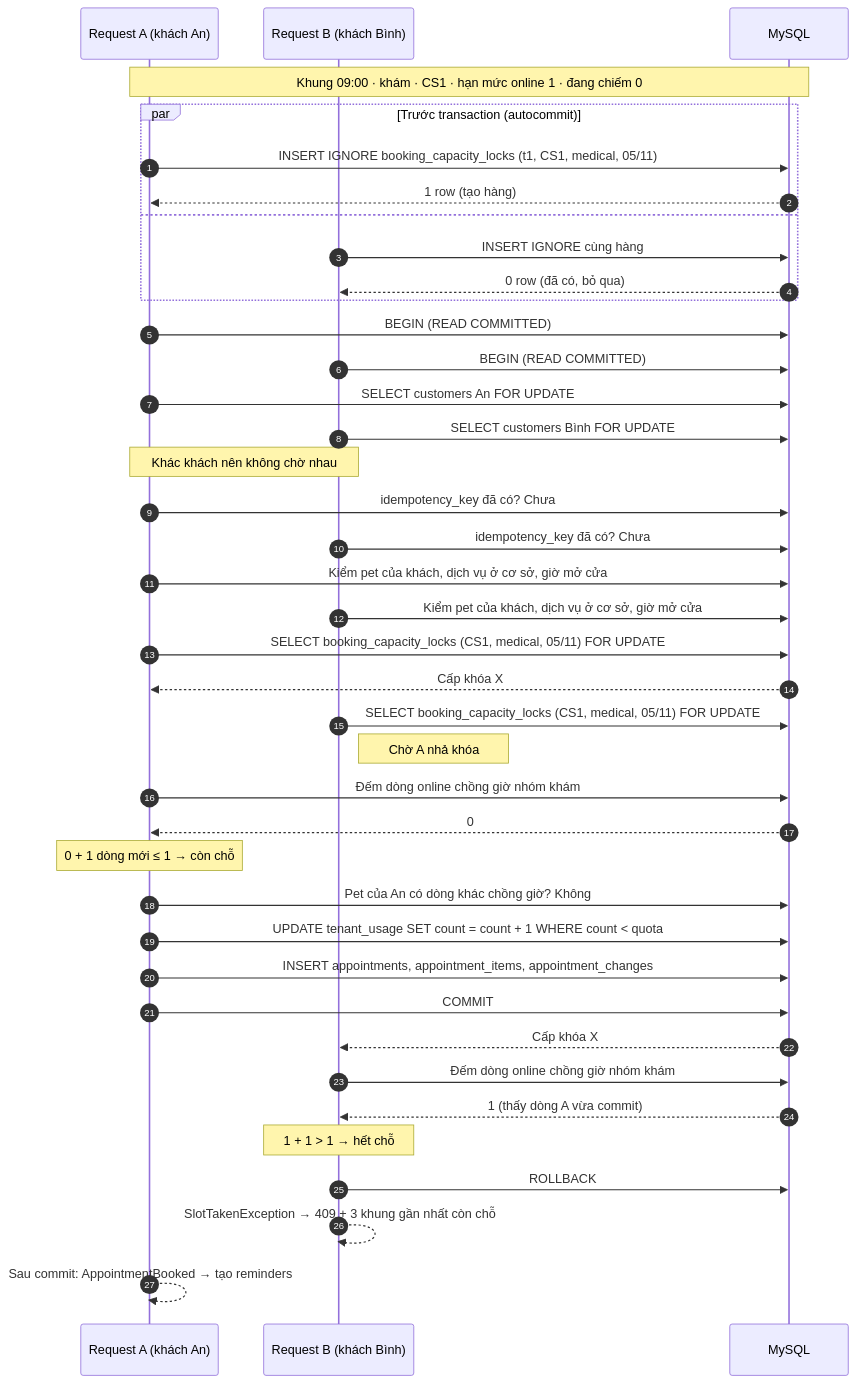
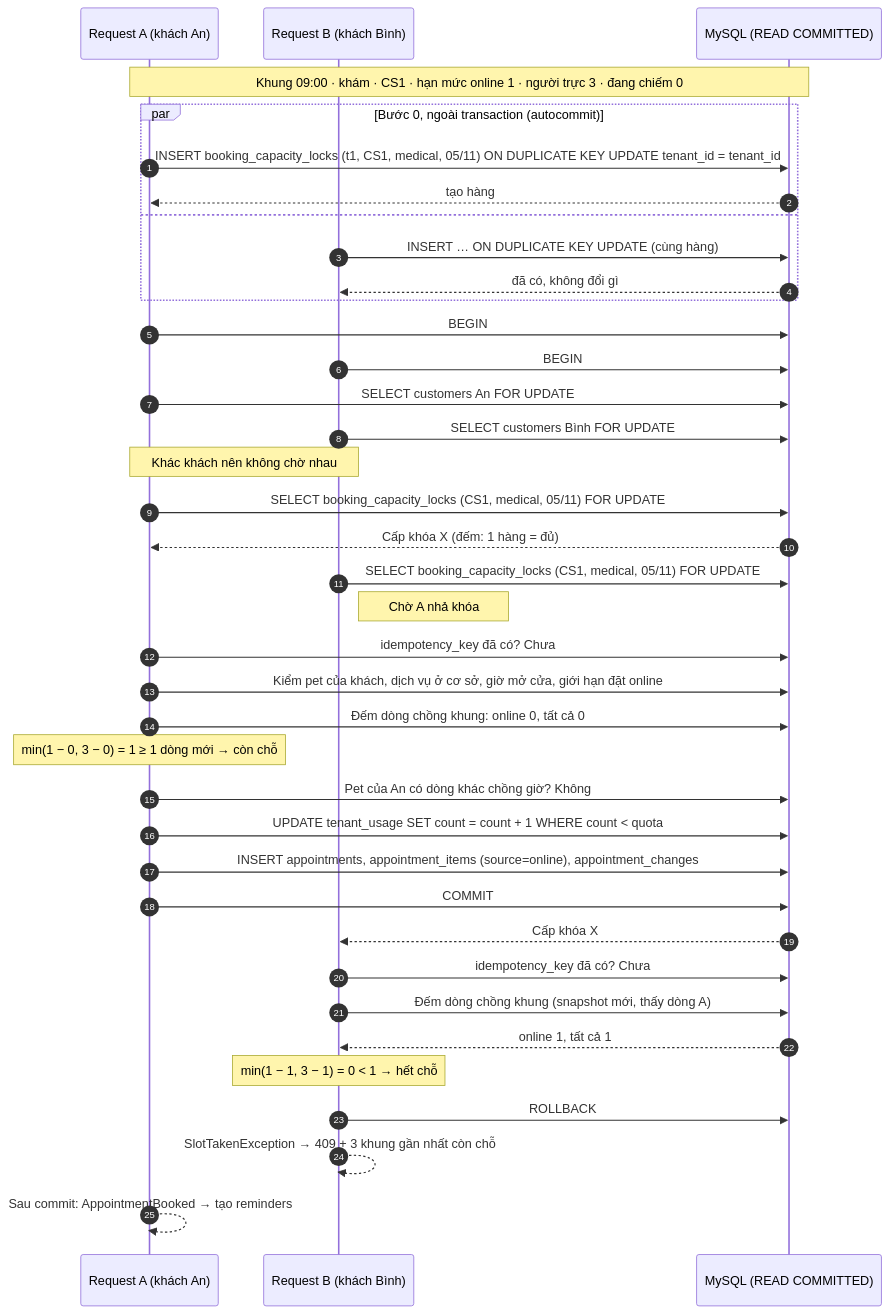
The first of 4 diagrams in docs/design/so-do-dat-lich.md (trancn-dev/pet-spa-booking-saas), drawn with Mermaid before and after one commit. The commit also changed other lines of this file and 23 other files, not shown here.

````diff
--- a/docs/design/so-do-dat-lich.md
+++ b/docs/design/so-do-dat-lich.md
@@ -13,42 +13,40 @@
 ```mermaid
 sequenceDiagram
   autonumber
   participant A as Request A (khách An)
   participant B as Request B (khách Bình)
-  participant DB as MySQL
-  Note over A,DB: Khung 09:00 · khám · CS1 · hạn mức online 1 · đang chiếm 0
-  par Trước transaction (autocommit)
-    A->>DB: INSERT IGNORE booking_capacity_locks (t1, CS1, medical, 05/11)
-    DB-->>A: 1 row (tạo hàng)
+  participant DB as MySQL (READ COMMITTED)
+  Note over A,DB: Khung 09:00 · khám · CS1 · hạn mức online 1 · người trực 3 · đang chiếm 0
+  par Bước 0, ngoài transaction (autocommit)
+    A->>DB: INSERT booking_capacity_locks (t1, CS1, medical, 05/11) ON DUPLICATE KEY UPDATE tenant_id = tenant_id
+    DB-->>A: tạo hàng
   and
-    B->>DB: INSERT IGNORE cùng hàng
-    DB-->>B: 0 row (đã có, bỏ qua)
+    B->>DB: INSERT … ON DUPLICATE KEY UPDATE (cùng hàng)
+    DB-->>B: đã có, không đổi gì
   end
-  A->>DB: BEGIN (READ COMMITTED)
-  B->>DB: BEGIN (READ COMMITTED)
+  A->>DB: BEGIN
+  B->>DB: BEGIN
   A->>DB: SELECT customers An FOR UPDATE
   B->>DB: SELECT customers Bình FOR UPDATE
   Note over A,B: Khác khách nên không chờ nhau
-  A->>DB: idempotency_key đã có? Chưa
-  B->>DB: idempotency_key đã có? Chưa
-  A->>DB: Kiểm pet của khách, dịch vụ ở cơ sở, giờ mở cửa
-  B->>DB: Kiểm pet của khách, dịch vụ ở cơ sở, giờ mở cửa
   A->>DB: SELECT booking_capacity_locks (CS1, medical, 05/11) FOR UPDATE
-  DB-->>A: Cấp khóa X
+  DB-->>A: Cấp khóa X (đếm: 1 hàng = đủ)
   B->>DB: SELECT booking_capacity_locks (CS1, medical, 05/11) FOR UPDATE
   Note right of B: Chờ A nhả khóa
-  A->>DB: Đếm dòng online chồng giờ nhóm khám
-  DB-->>A: 0
-  Note over A: 0 + 1 dòng mới ≤ 1 → còn chỗ
+  A->>DB: idempotency_key đã có? Chưa
+  A->>DB: Kiểm pet của khách, dịch vụ ở cơ sở, giờ mở cửa, giới hạn đặt online
+  A->>DB: Đếm dòng chồng khung: online 0, tất cả 0
+  Note over A: min(1 − 0, 3 − 0) = 1 ≥ 1 dòng mới → còn chỗ
   A->>DB: Pet của An có dòng khác chồng giờ? Không
   A->>DB: UPDATE tenant_usage SET count = count + 1 WHERE count < quota
-  A->>DB: INSERT appointments, appointment_items, appointment_changes
+  A->>DB: INSERT appointments, appointment_items (source=online), appointment_changes
   A->>DB: COMMIT
   DB-->>B: Cấp khóa X
-  B->>DB: Đếm dòng online chồng giờ nhóm khám
-  DB-->>B: 1 (thấy dòng A vừa commit)
-  Note over B: 1 + 1 > 1 → hết chỗ
+  B->>DB: idempotency_key đã có? Chưa
+  B->>DB: Đếm dòng chồng khung (snapshot mới, thấy dòng A)
+  DB-->>B: online 1, tất cả 1
+  Note over B: min(1 − 1, 3 − 1) = 0 < 1 → hết chỗ
   B->>DB: ROLLBACK
   B-->>B: SlotTakenException → 409 + 3 khung gần nhất còn chỗ
   A-->>A: Sau commit: AppointmentBooked → tạo reminders
 ```
````
